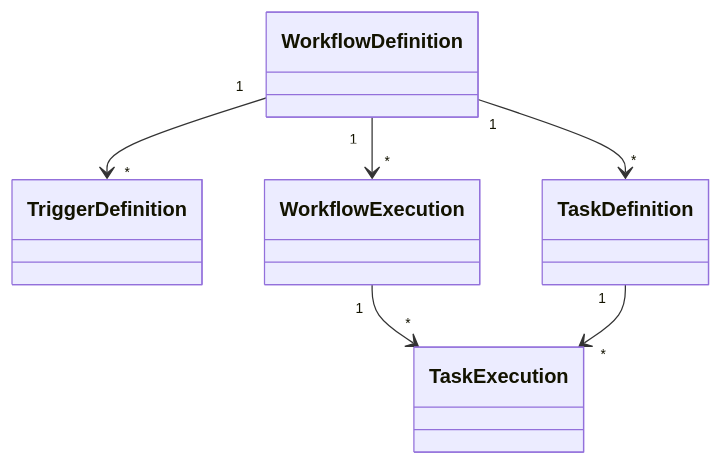
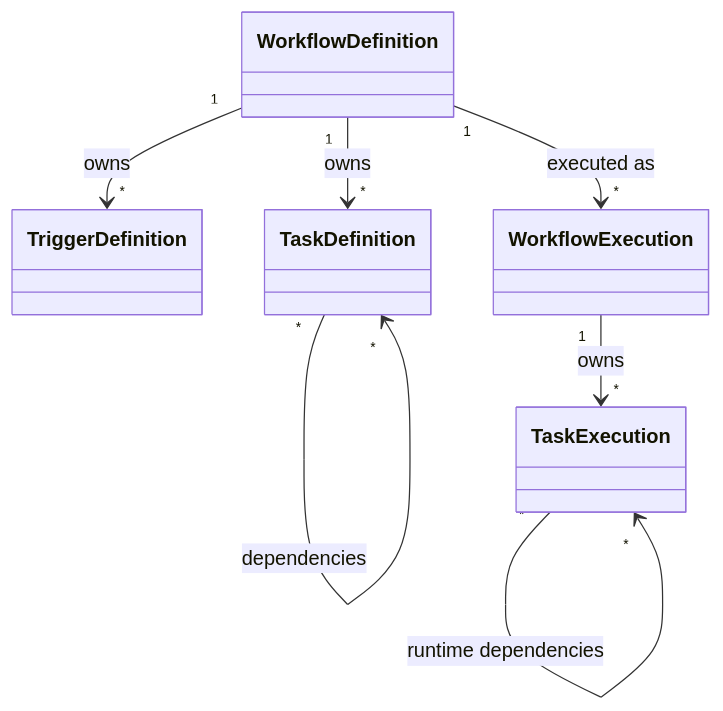
Before and after one commit to Devin8407/Automation-Platform: the diagram in docs/architecture/data-model.md, drawn with Mermaid. The commit also changed other lines of this file and 44 other files, not shown here.

````diff
--- a/docs/architecture/data-model.md
+++ b/docs/architecture/data-model.md
@@ -27,23 +19,19 @@
 ```mermaid
 classDiagram
 
-class WorkflowDefinition
+    class WorkflowDefinition
+    class TriggerDefinition
+    class TaskDefinition
 
-class TriggerDefinition
+    class WorkflowExecution
+    class TaskExecution
 
-class TaskDefinition
+    WorkflowDefinition "1" --> "*" TriggerDefinition : owns
+    WorkflowDefinition "1" --> "*" TaskDefinition : owns
+    WorkflowDefinition "1" --> "*" WorkflowExecution : executed as
 
-class WorkflowExecution
+    WorkflowExecution "1" --> "*" TaskExecution : owns
 
-class TaskExecution
-
-WorkflowDefinition "1" --> "*" TriggerDefinition
-
-WorkflowDefinition "1" --> "*" TaskDefinition
-
-WorkflowDefinition "1" --> "*" WorkflowExecution
-
-WorkflowExecution "1" --> "*" TaskExecution
-
-TaskDefinition "1" --> "*" TaskExecution
+    TaskDefinition "*" --> "*" TaskDefinition : dependencies
+    TaskExecution "*" --> "*" TaskExecution : runtime dependencies
 ```
````
